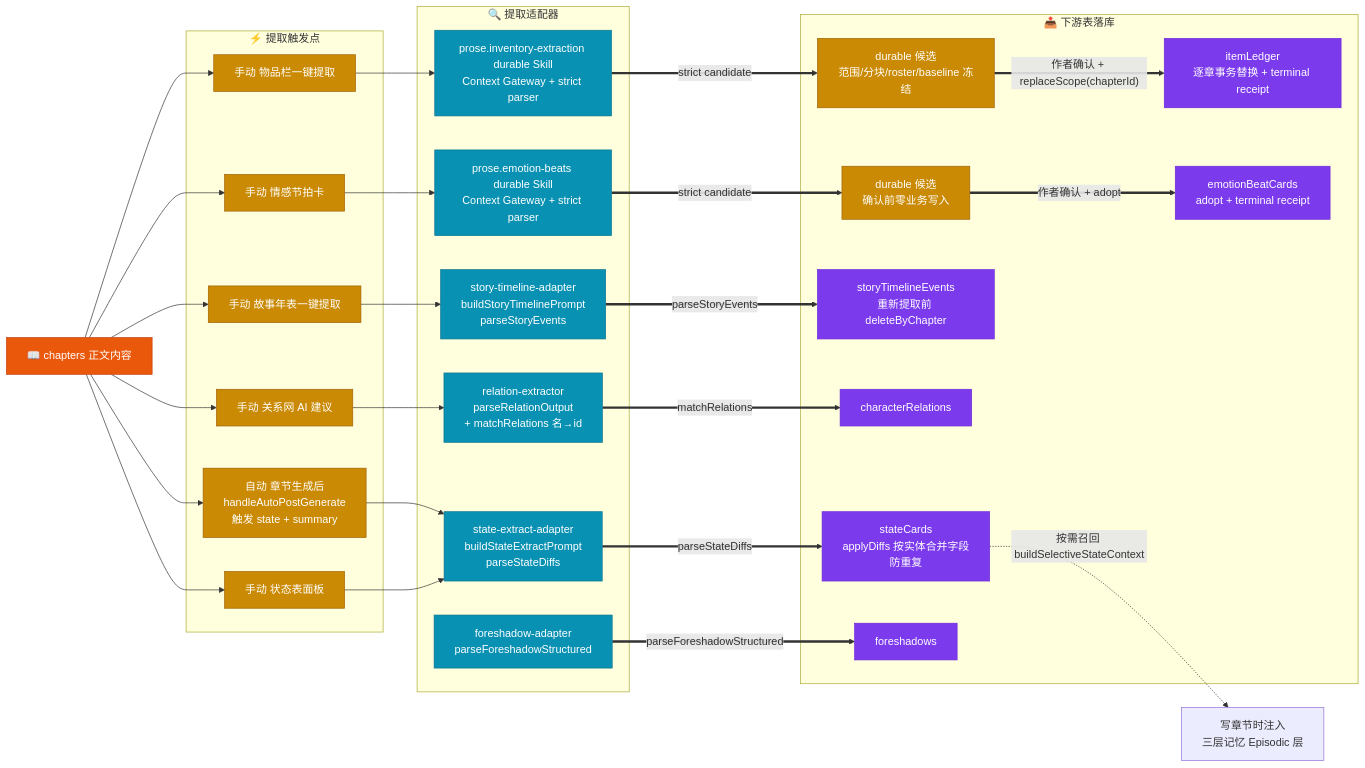
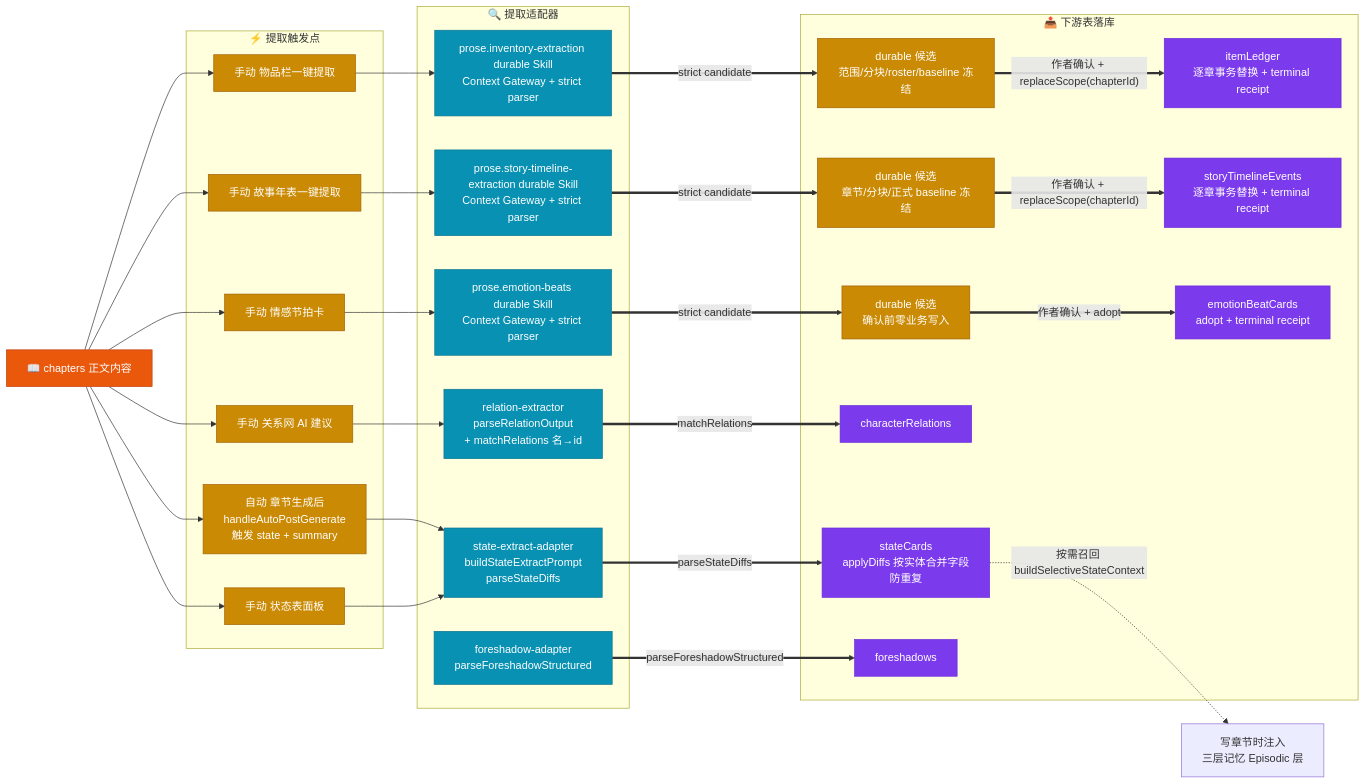
The fourth of 15 diagrams in docs/DATA-FLOW-DIAGRAM.md (yuanbw2025/storyforge), drawn with Mermaid before and after one commit. The commit also changed 14 other files, not shown here.

First line of the commit message:
feat(HARNESS-64): complete durable story timeline extraction

````diff
--- a/docs/DATA-FLOW-DIAGRAM.md
+++ b/docs/DATA-FLOW-DIAGRAM.md
@@ -441,68 +441,70 @@
 ```mermaid
 flowchart LR
     CHAPTERS["📖 chapters 正文内容"]
 
     subgraph EXTRACT["🔍 提取适配器"]
         SEX["state-extract-adapter<br/>buildStateExtractPrompt<br/>parseStateDiffs"]
         IEX["prose.inventory-extraction durable Skill<br/>Context Gateway + strict parser"]
-        TEX["story-timeline-adapter<br/>buildStoryTimelinePrompt<br/>parseStoryEvents"]
+        TEX["prose.story-timeline-extraction durable Skill<br/>Context Gateway + strict parser"]
         REX["relation-extractor<br/>parseRelationOutput<br/>+ matchRelations 名→id"]
         EBA["prose.emotion-beats durable Skill<br/>Context Gateway + strict parser"]
         FCO["foreshadow-adapter<br/>parseForeshadowStructured"]
     end
 
     subgraph TRIG["⚡ 提取触发点"]
         AUTO["自动 章节生成后<br/>handleAutoPostGenerate<br/>触发 state + summary"]
         MANU_S["手动 状态表面板"]
         MANU_I["手动 物品栏一键提取"]
         MANU_T["手动 故事年表一键提取"]
         MANU_R["手动 关系网 AI 建议"]
         MANU_E["手动 情感节拍卡"]
     end
 
     subgraph DTABLES["📤 下游表落库"]
         ST["stateCards<br/>applyDiffs 按实体合并字段<br/>防重复"]
         IC["durable 候选<br/>范围/分块/roster/baseline 冻结"]
         IL["itemLedger<br/>逐章事务替换 + terminal receipt"]
-        ST_T["storyTimelineEvents<br/>重新提取前 deleteByChapter"]
+        TC["durable 候选<br/>章节/分块/正式 baseline 冻结"]
+        ST_T["storyTimelineEvents<br/>逐章事务替换 + terminal receipt"]
         CR["characterRelations"]
         EBC["durable 候选<br/>确认前零业务写入"]
         EB["emotionBeatCards<br/>adopt + terminal receipt"]
         FO["foreshadows"]
     end
 
     CHAPTERS --> AUTO
     CHAPTERS --> MANU_S
     CHAPTERS --> MANU_I
     CHAPTERS --> MANU_T
     CHAPTERS --> MANU_R
     CHAPTERS --> MANU_E
 
     AUTO --> SEX
     MANU_S --> SEX
     MANU_I --> IEX
     MANU_T --> TEX
     MANU_R --> REX
     MANU_E --> EBA
 
     SEX ==parseStateDiffs==> ST
     IEX ==strict candidate==> IC
     IC ==作者确认 + replaceScope(chapterId)==> IL
-    TEX ==parseStoryEvents==> ST_T
+    TEX ==strict candidate==> TC
+    TC ==作者确认 + replaceScope(chapterId)==> ST_T
     REX ==matchRelations==> CR
     EBA ==strict candidate==> EBC
     EBC ==作者确认 + adopt==> EB
     FCO ==parseForeshadowStructured==> FO
 
     ST -.按需召回 buildSelectiveStateContext.-> RECALL["写章节时注入<br/>三层记忆 Episodic 层"]
 
     classDef table fill:#7c3aed,stroke:#6d28d9,color:#fff;
     classDef adp fill:#0891b2,stroke:#0e7490,color:#fff;
     classDef trig fill:#ca8a04,stroke:#a16207,color:#fff;
     classDef src fill:#ea580c,stroke:#c2410c,color:#fff;
     class ST,IL,ST_T,CR,EB,FO table
-    class EBC,IC trig
+    class EBC,IC,TC trig
     class SEX,IEX,TEX,REX,EBA,FCO adp
     class AUTO,MANU_S,MANU_I,MANU_T,MANU_R,MANU_E trig
     class CHAPTERS src
 ```
````
